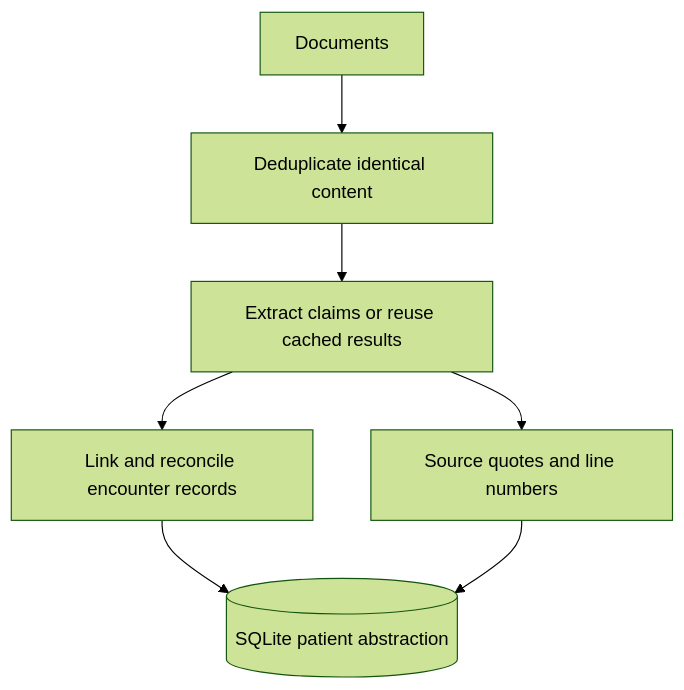
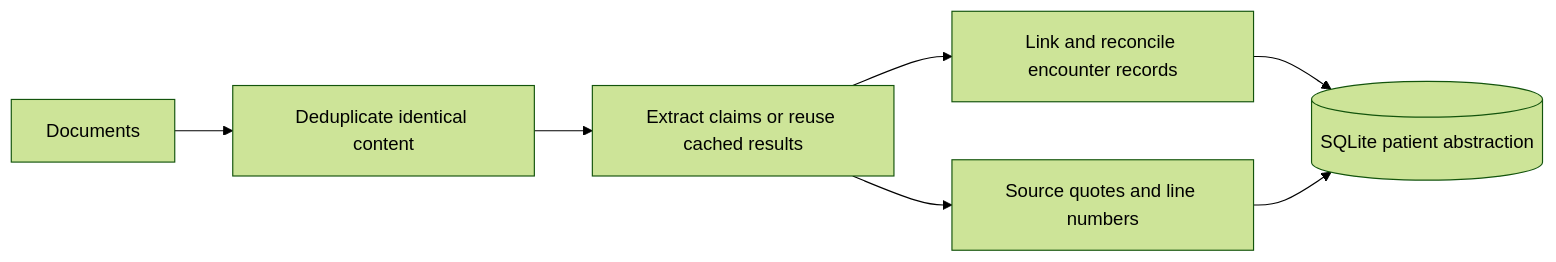
The first of 2 diagrams in README.md (XinhaoTheo/backbone), drawn with Mermaid (forest theme) before and after one commit.

Commit message:
docs: lay out document processing diagram horizontally

````diff
--- a/README.md
+++ b/README.md
@@ -124,9 +124,9 @@
 ```mermaid
-flowchart TD
+flowchart LR
     D[Documents] --> H[Deduplicate identical content]
     H --> E[Extract claims or reuse cached results]
     E --> R[Link and reconcile encounter records]
     R --> S[(SQLite patient abstraction)]
     E --> Q[Source quotes and line numbers]
     Q --> S
 ```
````
